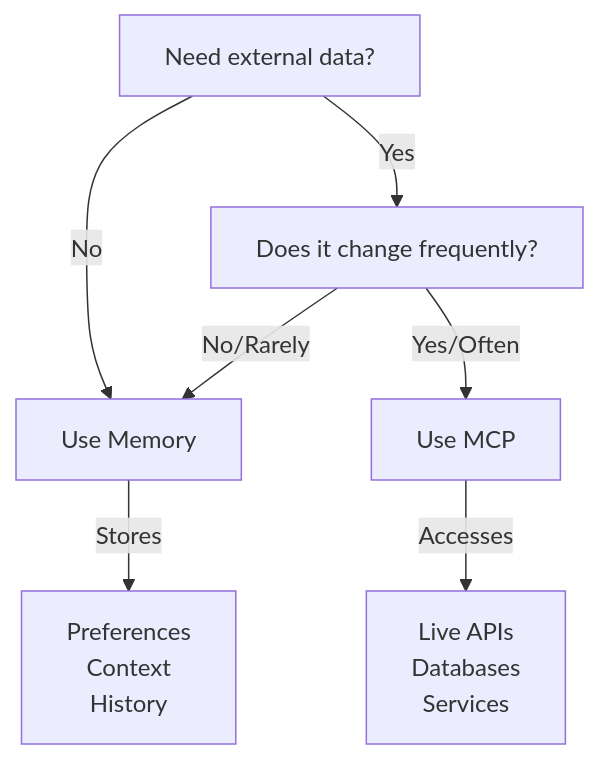
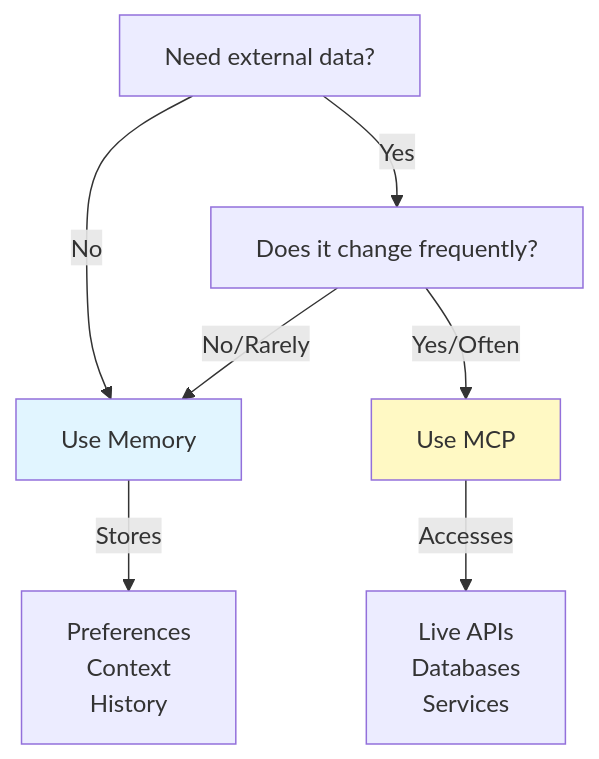
The fourth of 5 diagrams in 04-mcp/README.md (omnimasudo/croft-howto), drawn with Mermaid before and after one commit. The commit also changed other lines of this file and 8 other files, not shown here.

````diff
--- a/04-mcp/README.md
+++ b/04-mcp/README.md
@@ -149,11 +292,14 @@
 ```mermaid
 graph TD
     A["Need external data?"]
     A -->|No| B["Use Memory"]
     A -->|Yes| C["Does it change frequently?"]
     C -->|No/Rarely| B
     C -->|Yes/Often| D["Use MCP"]
 
     B -->|Stores| E["Preferences<br/>Context<br/>History"]
     D -->|Accesses| F["Live APIs<br/>Databases<br/>Services"]
+
+    style B fill:#e1f5ff
+    style D fill:#fff9c4
 ```
````
